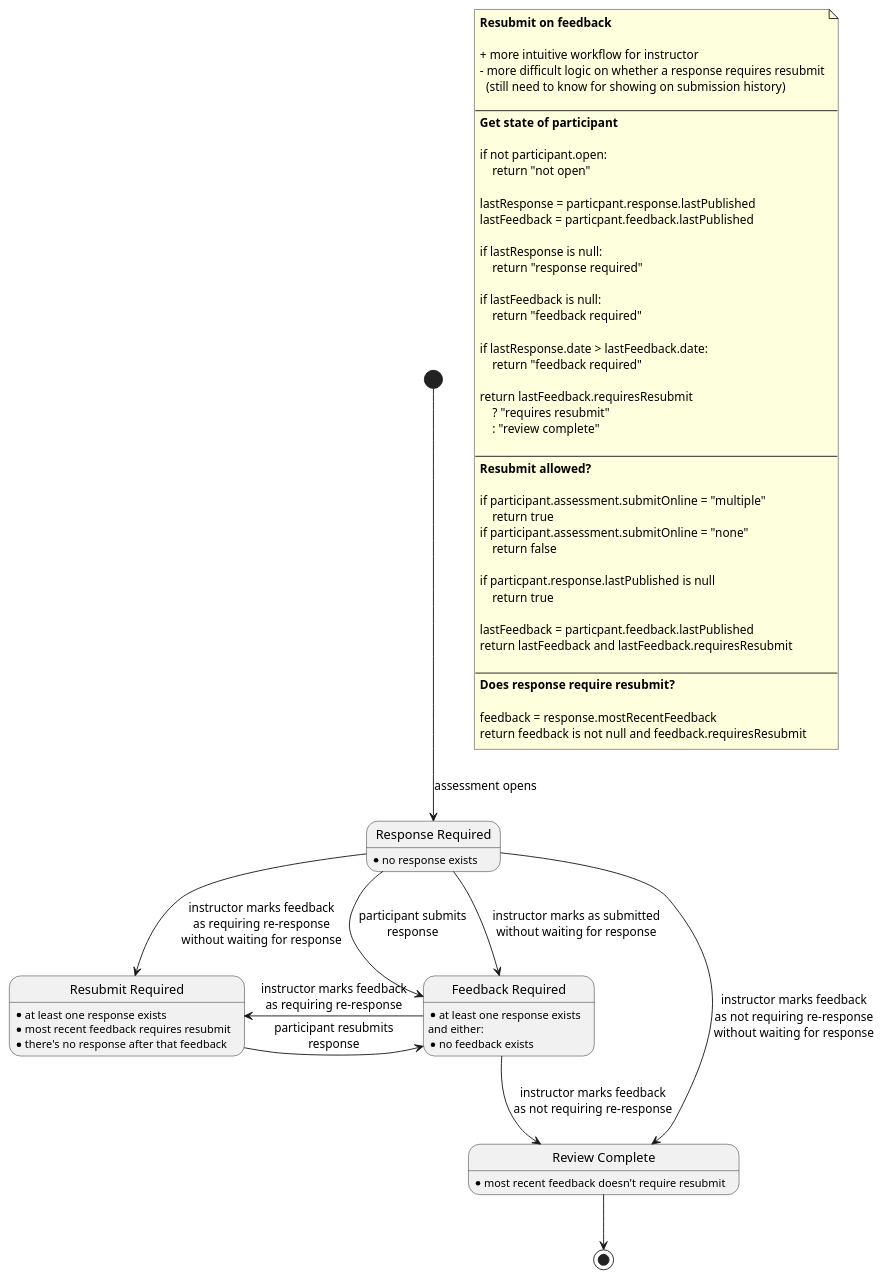
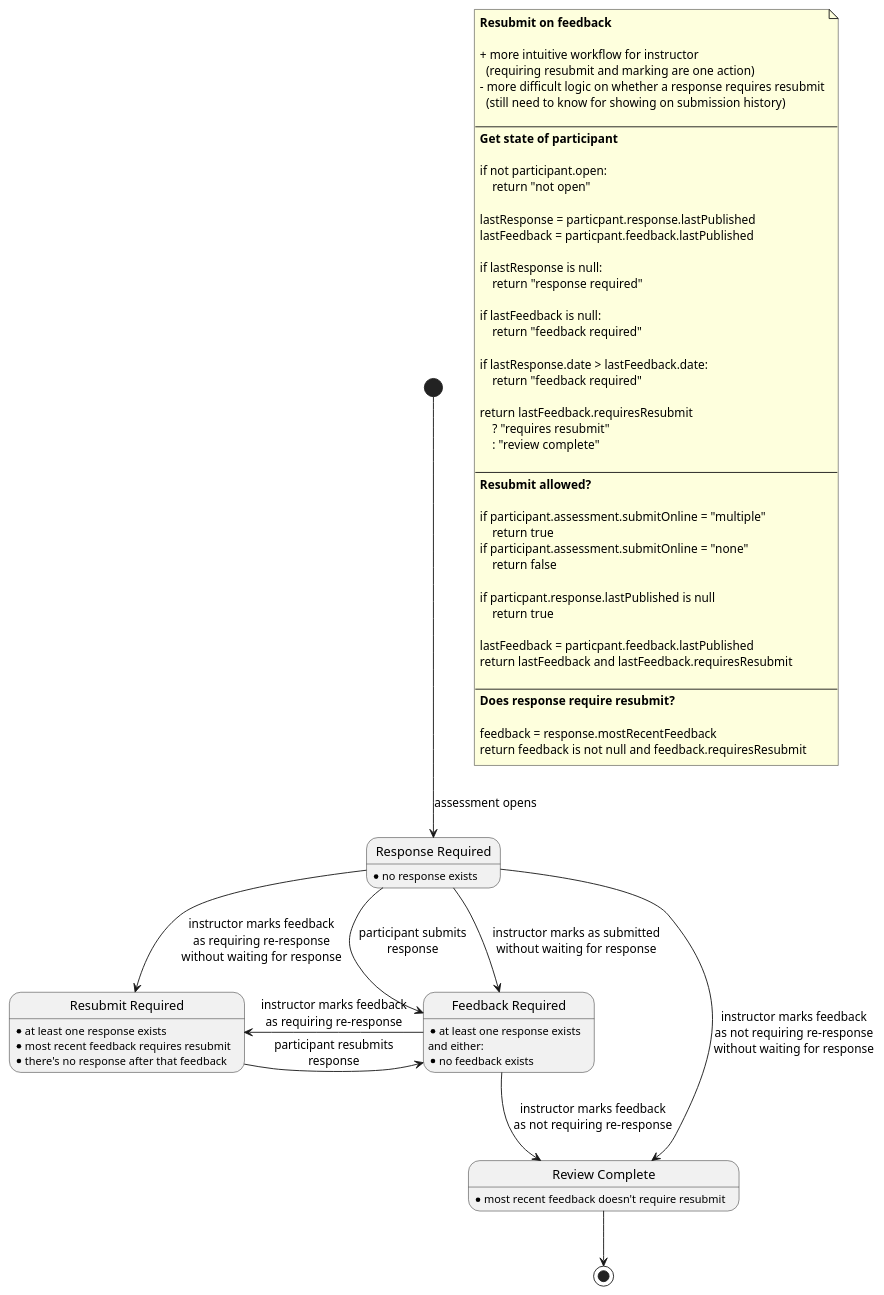
One commit to juliaattrevisan/schoolbox-api-docs changed the diagram in library/Schoolbox/Learning/Assessment/DueWork/resubmit-on-feedback.plantuml. Above: the diagram before and after it, drawn with PlantUML. The commit also changed 1 other file, not shown here.

```diff
--- a/library/Schoolbox/Learning/Assessment/DueWork/resubmit-on-feedback.plantuml
+++ b/library/Schoolbox/Learning/Assessment/DueWork/resubmit-on-feedback.plantuml
@@ -1,83 +1,84 @@
 @startuml
 
 note as n1
     <b>Resubmit on feedback</b>
 
     + more intuitive workflow for instructor
+      (requiring resubmit and marking are one action)
     - more difficult logic on whether a response requires resubmit
       (still need to know for showing on submission history)
 
     ----
     <b>Get state of participant</b>
 
     if not participant.open:
         return "not open"
 
     lastResponse = particpant.response.lastPublished
     lastFeedback = particpant.feedback.lastPublished
 
     if lastResponse is null:
         return "response required"
 
     if lastFeedback is null:
         return "feedback required"
 
     if lastResponse.date > lastFeedback.date:
         return "feedback required"
 
     return lastFeedback.requiresResubmit
         ? "requires resubmit"
         : "review complete"
 
     ----
     <b>Resubmit allowed?</b>
 
     if participant.assessment.submitOnline = "multiple"
         return true
     if participant.assessment.submitOnline = "none"
         return false
 
     if particpant.response.lastPublished is null
         return true
 
     lastFeedback = particpant.feedback.lastPublished
     return lastFeedback and lastFeedback.requiresResubmit
 
     ----
     <b>Does response require resubmit?</b>
 
     feedback = response.mostRecentFeedback
     return feedback is not null and feedback.requiresResubmit
 end note
 
 state "Response Required" as RR
 RR : \
 * no response exists
 
 state "Feedback Required" as FR
 FR : \
 * at least one response exists\n\
 and either:\n\
 * no feedback exists
 
 state "Review Complete" as RC
 RC : \
 * most recent feedback doesn't require resubmit
 
 state "Resubmit Required" as RS
 RS : \
 * at least one response exists\n\
 * most recent feedback requires resubmit\n\
 * there's no response after that feedback
 
 [*] --> RR : assessment opens
 RR --> FR  : participant submits\nresponse
 RR --> FR  : instructor marks as submitted\nwithout waiting for response
 RR --> RC  : instructor marks feedback\nas not requiring re-response\nwithout waiting for response
 RR --> RS  : instructor marks feedback\nas requiring re-response\nwithout waiting for response
 FR --> RC  : instructor marks feedback\nas not requiring re-response
 FR -left-> RS : instructor marks feedback\nas requiring re-response
 RS -right-> FR  : participant resubmits\nresponse
 RC --> [*]
 
 @enduml
```
